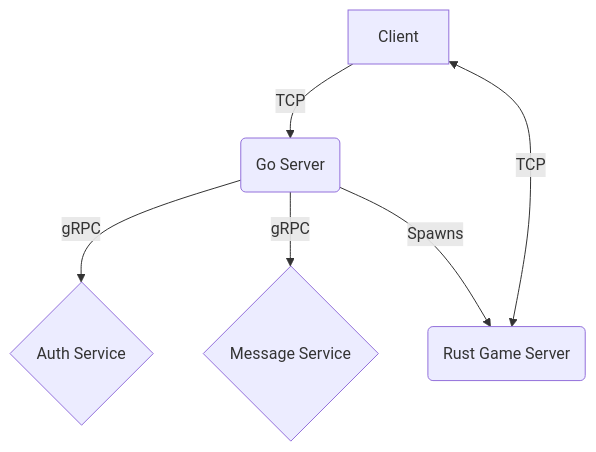
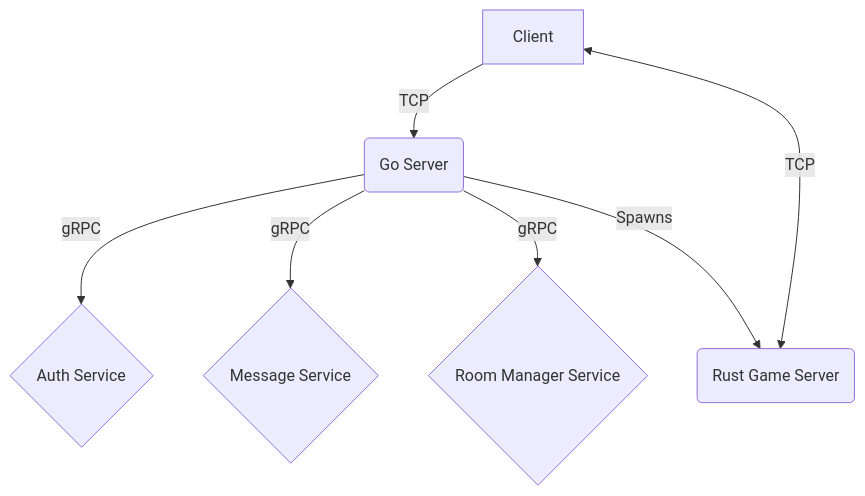
One commit to GrGLeo/TermArena changed the diagram in README.md. Above: the diagram before and after it, drawn with Mermaid. The commit also changed other lines of this file and 1 other file, not shown here.

````diff
--- a/README.md
+++ b/README.md
@@ -44,8 +44,9 @@
 ```mermaid
 graph TD
     A[Client] -->|TCP| B(Go Server)
     B -->|gRPC| C{Auth Service}
     B -->|gRPC| E{Message Service}
+    B -->|gRPC| F{Room Manager Service}
     B -->|Spawns| D(Rust Game Server)
     A <-->|TCP| D
 ```
````
